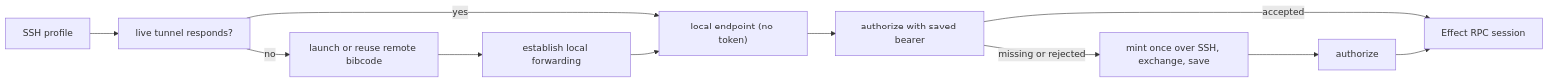
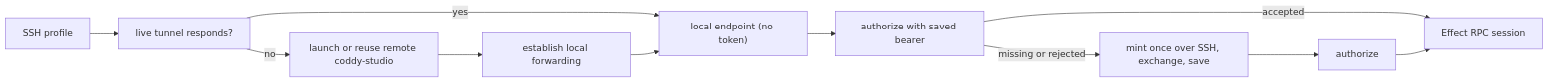
Before and after one commit to coddycodes/ADS: the diagram in docs/architecture/remote.md, drawn with Mermaid. The commit also changed other lines of this file and 1845 other files, not shown here.

First line of the commit message:
chore: checkpoint Coddy Studio rebrand and Coddy provider migration

````diff
--- a/docs/architecture/remote.md
+++ b/docs/architecture/remote.md
@@ -1151,13 +1151,13 @@
 ```mermaid
 flowchart LR
   Profile["SSH profile"] --> Tunnel["live tunnel responds?"]
-  Tunnel -- no --> Probe["launch or reuse remote bibcode"]
+  Tunnel -- no --> Probe["launch or reuse remote coddy-studio"]
   Probe --> Forward["establish local forwarding"]
   Tunnel -- yes --> Endpoint["local endpoint (no token)"]
   Forward --> Endpoint
   Endpoint --> Saved["authorize with saved bearer"]
   Saved -- missing or rejected --> Mint["mint once over SSH, exchange, save"]
   Mint --> Auth["authorize"]
   Saved -- accepted --> RPC["Effect RPC session"]
   Auth --> RPC
 ```
````
